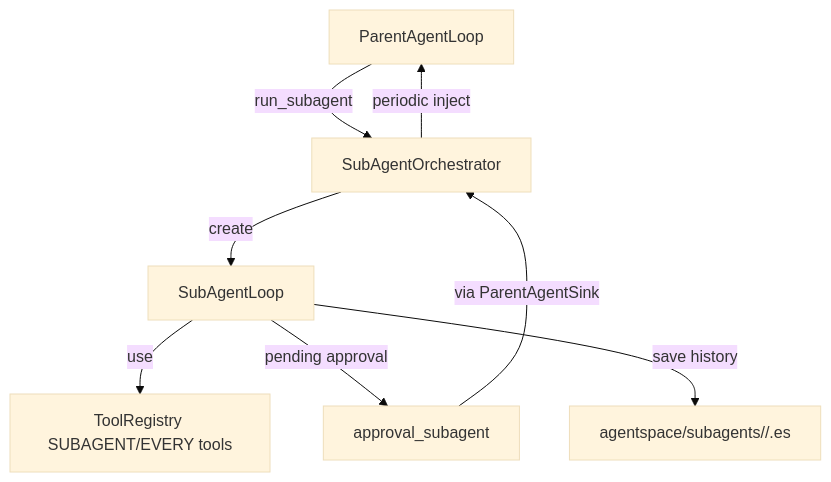
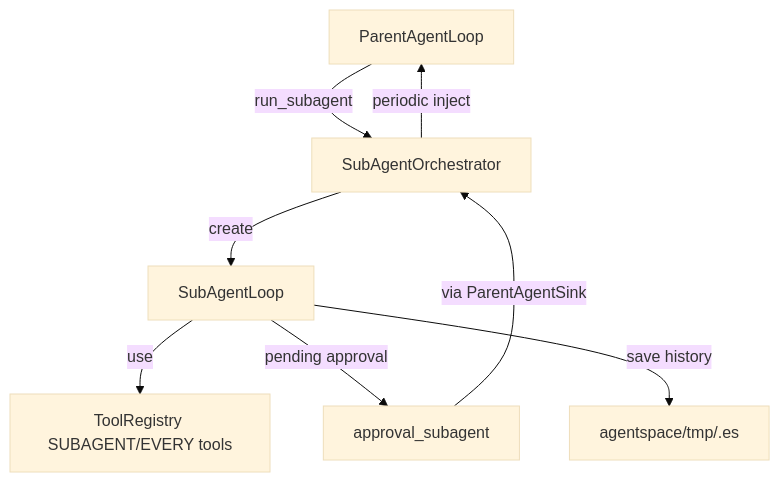
Before and after one commit to NINEMINEsigma/evolve-agent: the diagram in origin_agent/subagent/DEV-README.md, drawn with Mermaid (base theme). The commit also changed other lines of this file and 26 other files, not shown here.

````diff
--- a/origin_agent/subagent/DEV-README.md
+++ b/origin_agent/subagent/DEV-README.md
@@ -40,10 +36,10 @@
 ```mermaid
 graph TD
     A[ParentAgentLoop] -->|run_subagent| B[SubAgentOrchestrator]
     B -->|create| C[SubAgentLoop]
     C -->|use| D[ToolRegistry SUBAGENT/EVERY tools]
     C -->|pending approval| E[approval_subagent]
     E -->|via ParentAgentSink| B
     B -->|periodic inject| A
-    C -->|save history| F[agentspace/subagents/<name>/<session_id>.es]
+    C -->|save history| F[agentspace/tmp/<session_id>.es]
 ```
````
